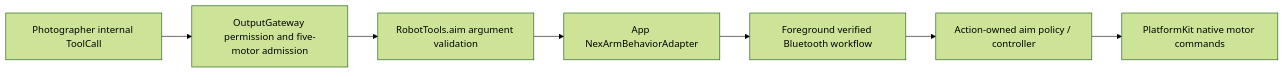
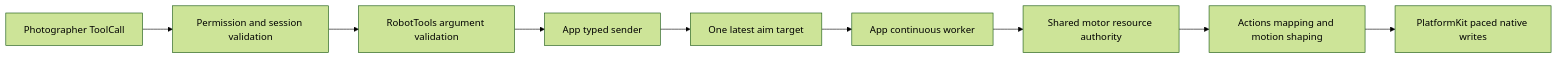
Before and after one commit to devilyouwei/MobileHarness: the diagram in MobileHarness/Tools/Robot/README.md, drawn with Mermaid (forest theme). The commit also changed other lines of this file and 70 other files, not shown here.

````diff
--- a/MobileHarness/Tools/Robot/README.md
+++ b/MobileHarness/Tools/Robot/README.md
@@ -13,9 +11,11 @@
 ```mermaid
 flowchart LR
-    Agent[Photographer internal ToolCall] --> Gateway[OutputGateway permission and five-motor admission]
-    Gateway --> Entry[RobotTools.aim argument validation]
-    Entry --> Adapter[App NexArmBehaviorAdapter]
-    Adapter --> Workflow[Foreground verified Bluetooth workflow]
-    Workflow --> Policy[Action-owned aim policy / controller]
-    Policy --> SDK[PlatformKit native motor commands]
+    Agent[Photographer ToolCall] --> Gateway[Permission and session validation]
+    Gateway --> Entry[RobotTools argument validation]
+    Entry --> Adapter[App typed sender]
+    Adapter --> Target[One latest aim target]
+    Target --> Worker[App continuous worker]
+    Worker --> Guard[Shared motor resource authority]
+    Guard --> Policy[Actions mapping and motion shaping]
+    Policy --> SDK[PlatformKit paced native writes]
 ```
````
